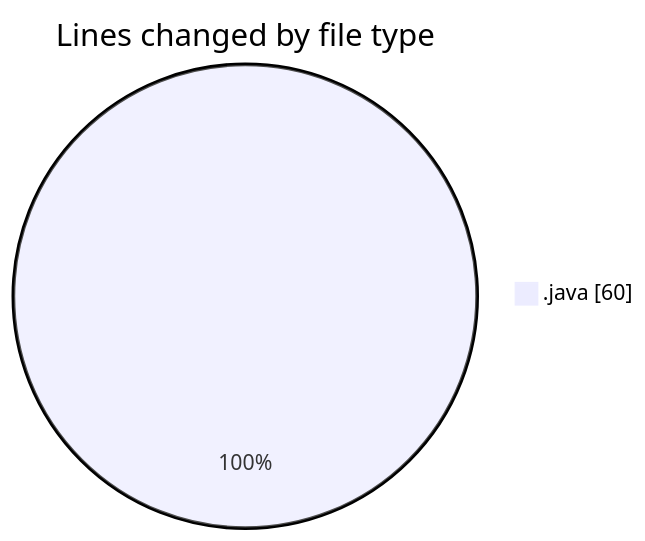
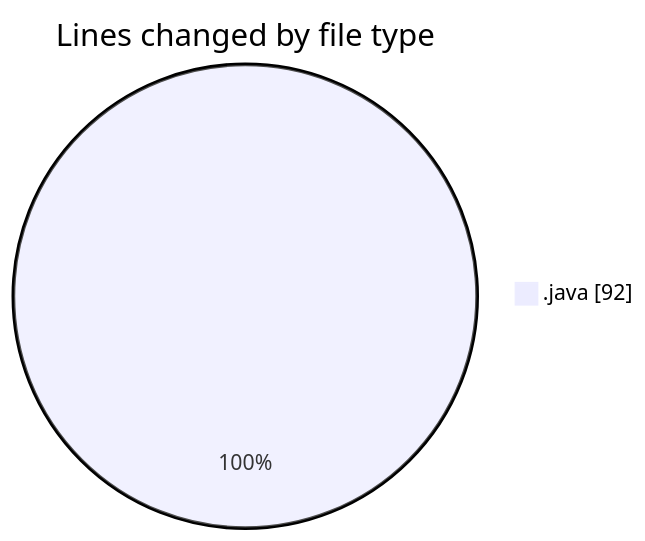
Before and after one commit to ricardozamudiocil/code-tracking: the first of 2 diagrams in 2026-03-01/cilreports__workspace_/README.md, drawn with Mermaid. The commit also changed other lines of this file and 1 other file, not shown here.

````diff
--- a/2026-03-01/cilreports__workspace_/README.md
+++ b/2026-03-01/cilreports__workspace_/README.md
@@ -20,5 +21,5 @@
 ```mermaid
 pie showData
 title Lines changed by file type
-".java" : 60
+".java" : 92
 ```
````
